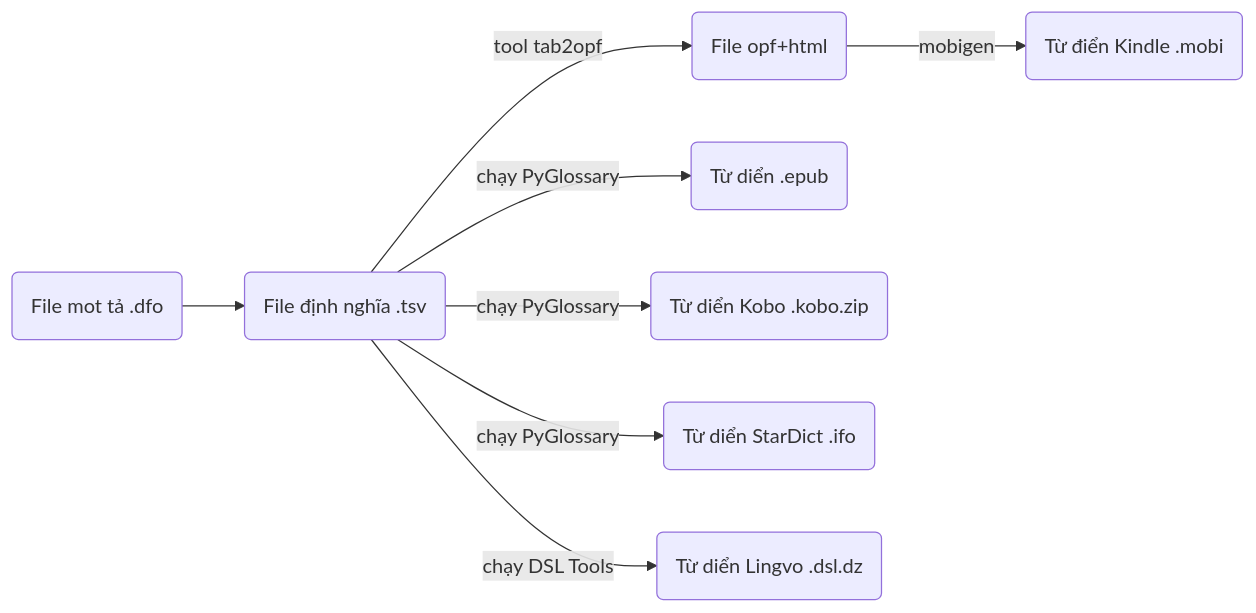
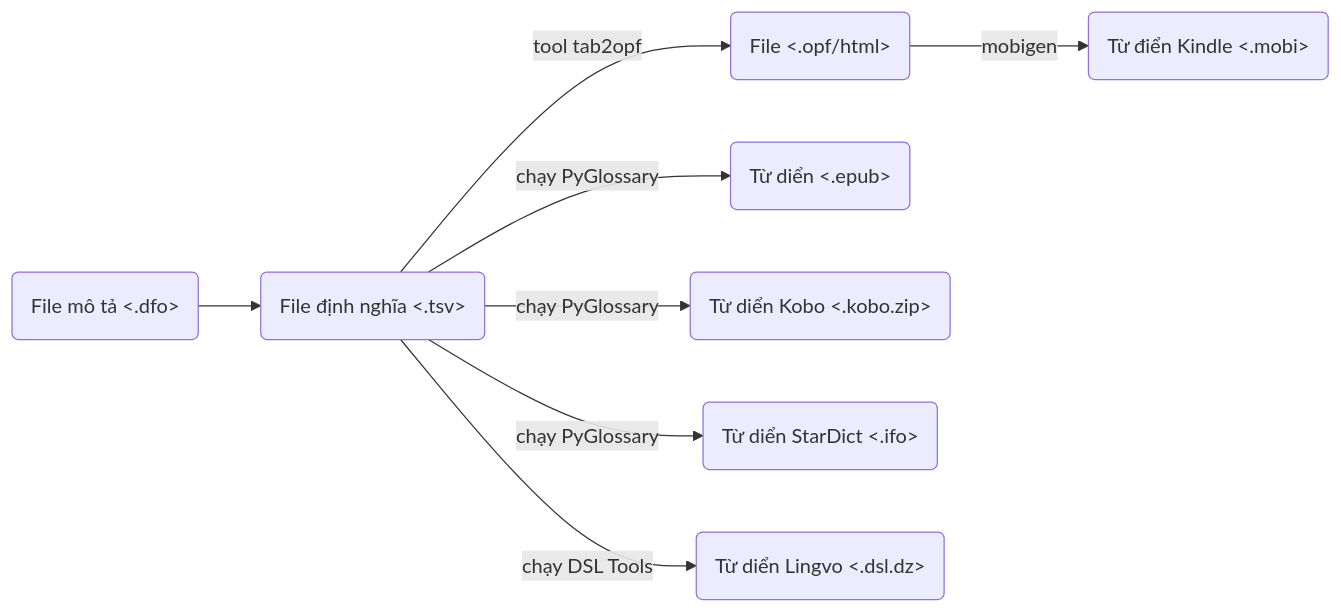
Before and after one commit to catusf/tudien: the diagram in README.md, drawn with Mermaid.

````diff
--- a/README.md
+++ b/README.md
@@ -25,9 +25,9 @@
 ```mermaid
 graph LR;
-    GenMetadat(File mot tả .dfo) --> GenTab(File định nghĩa .tsv);
-    GenTab -- tool tab2opf --> HTML_File(File opf+html) -- mobigen --> KindleDict(Từ điển Kindle .mobi);
-    GenTab -- chạy PyGlossary --> EpubDict(Từ diển .epub);
-    GenTab --  chạy PyGlossary --> KoboDict(Từ diển Kobo .kobo.zip);
-    GenTab --  chạy PyGlossary --> StarDict(Từ diển StarDict .ifo);
-    GenTab --  chạy DSL Tools --> DSLDict(Từ diển Lingvo .dsl.dz);
+    GenMetadat(File mô tả <.dfo>) --> GenTab(File định nghĩa <.tsv>);
+    GenTab -- tool tab2opf --> HTML_File(File <.opf/html>) -- mobigen --> KindleDict(Từ điển Kindle <.mobi>);
+    GenTab -- chạy PyGlossary --> EpubDict(Từ diển <.epub>);
+    GenTab --  chạy PyGlossary --> KoboDict(Từ diển Kobo <.kobo.zip>);
+    GenTab --  chạy PyGlossary --> StarDict(Từ diển StarDict <.ifo>);
+    GenTab --  chạy DSL Tools --> DSLDict(Từ diển Lingvo <.dsl.dz>);
 ```
````
